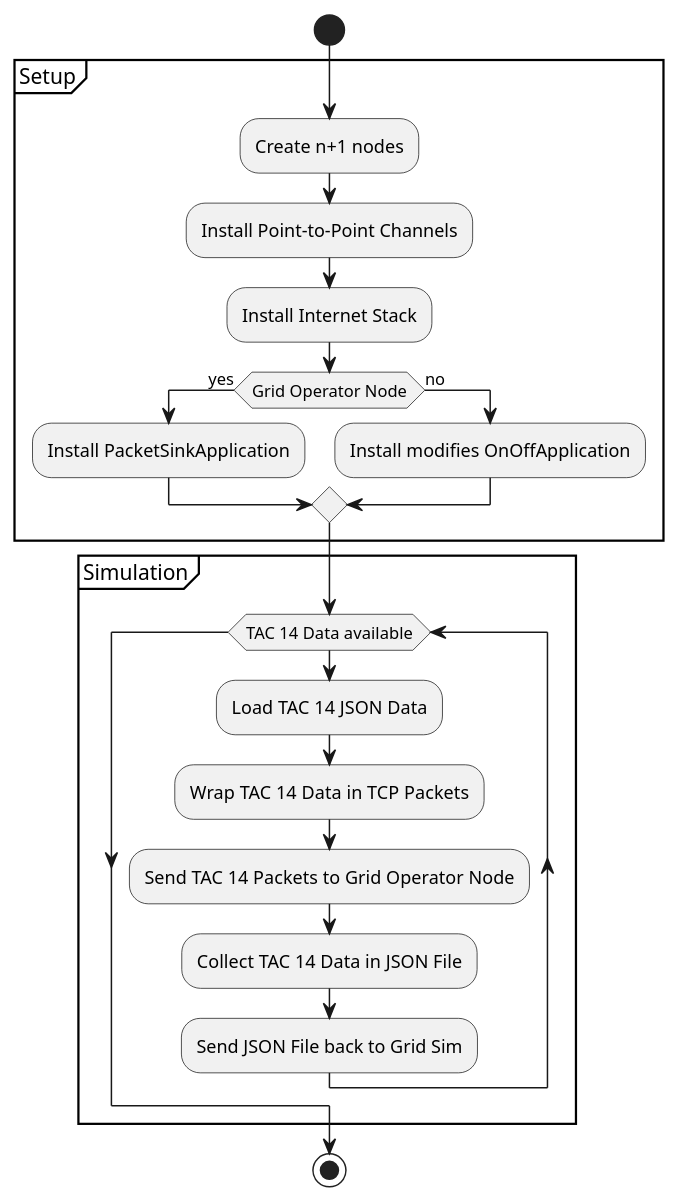
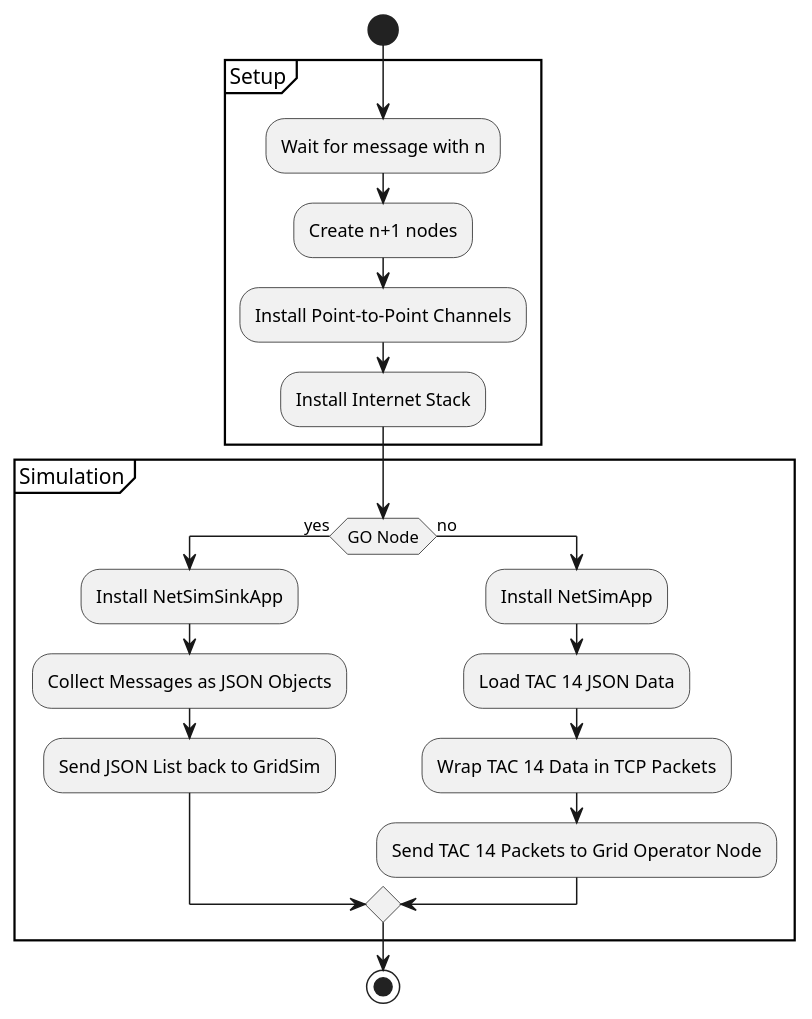
Before and after one commit to MoritzVolkman/GridComm-Cosimulation: the diagram in figures/CommunicationActivity.puml, drawn with PlantUML. The commit also changed 1 other file, not shown here.

```diff
--- a/figures/CommunicationActivity.puml
+++ b/figures/CommunicationActivity.puml
@@ -1,26 +1,25 @@
 @startuml
 'https://plantuml.com/activity-diagram-beta
 
 start
 partition Setup{
+    :Wait for message with n;
     :Create n+1 nodes;
     :Install Point-to-Point Channels;
     :Install Internet Stack;
-    if (Grid Operator Node) then (yes)
-    :Install PacketSinkApplication;
-    else (no)
-    :Install modifies OnOffApplication;
-    endif
 }
 partition Simulation{
-    while (TAC 14 Data available)
+    if (GO Node) then (yes)
+    :Install NetSimSinkApp;
+    :Collect Messages as JSON Objects;
+    :Send JSON List back to GridSim;
+    else (no)
+    :Install NetSimApp;
     :Load TAC 14 JSON Data;
     :Wrap TAC 14 Data in TCP Packets;
     :Send TAC 14 Packets to Grid Operator Node;
-    :Collect TAC 14 Data in JSON File;
-    :Send JSON File back to Grid Sim;
-    endwhile
+    endif
 }
 stop
 
 @enduml
```
